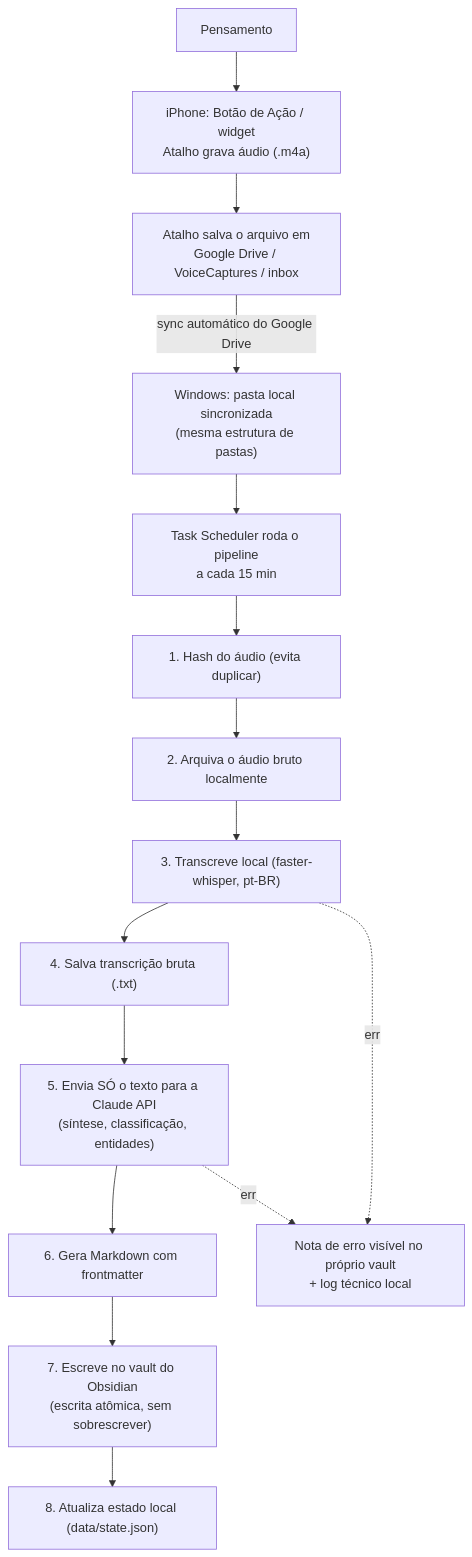
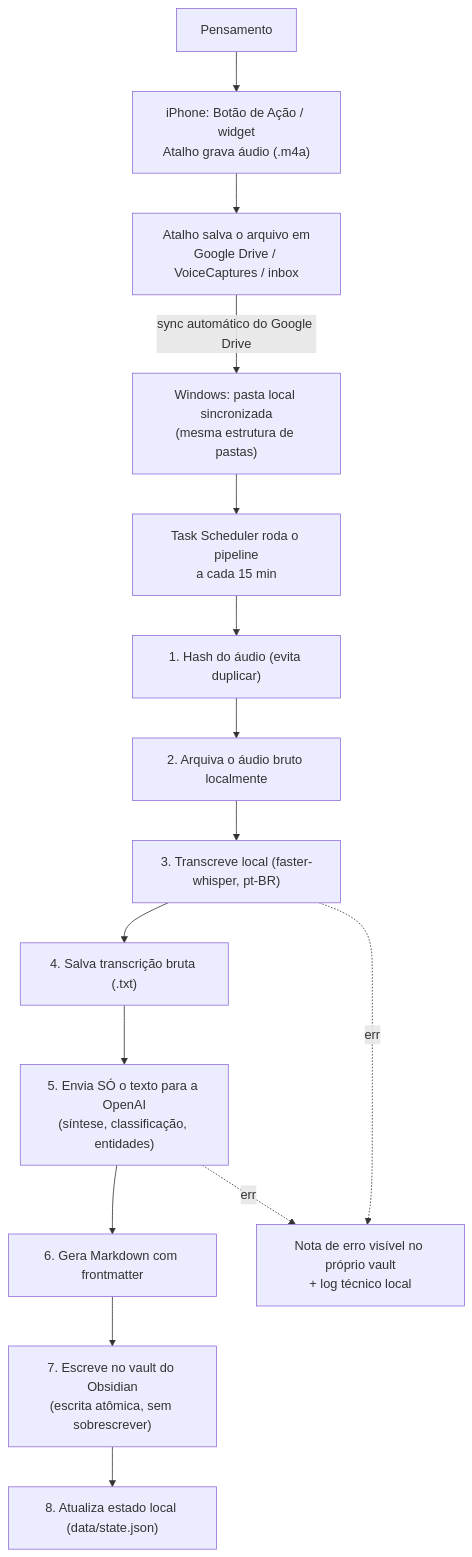
One commit to hellenaaguiar-ai/hellena-capturas changed the diagram in ARCHITECTURE.md. Above: the diagram before and after it, drawn with Mermaid. The commit also changed other lines of this file and 19 other files, not shown here.

First line of the commit message:
Migra extracao estruturada de Claude para OpenAI

````diff
--- a/ARCHITECTURE.md
+++ b/ARCHITECTURE.md
@@ -105,17 +108,17 @@
 ```mermaid
 flowchart TD
     A["Pensamento"] --> B["iPhone: Botão de Ação / widget<br/>Atalho grava áudio (.m4a)"]
     B --> C["Atalho salva o arquivo em<br/>Google Drive / VoiceCaptures / inbox"]
     C -->|sync automático do Google Drive| D["Windows: pasta local sincronizada<br/>(mesma estrutura de pastas)"]
     D --> E["Task Scheduler roda o pipeline<br/>a cada 15 min"]
     E --> F["1. Hash do áudio (evita duplicar)"]
     F --> G["2. Arquiva o áudio bruto localmente"]
     G --> H["3. Transcreve local (faster-whisper, pt-BR)"]
     H --> I["4. Salva transcrição bruta (.txt)"]
-    I --> J["5. Envia SÓ o texto para a Claude API<br/>(síntese, classificação, entidades)"]
+    I --> J["5. Envia SÓ o texto para a OpenAI<br/>(síntese, classificação, entidades)"]
     J --> K["6. Gera Markdown com frontmatter"]
     K --> L["7. Escreve no vault do Obsidian<br/>(escrita atômica, sem sobrescrever)"]
     L --> M["8. Atualiza estado local (data/state.json)"]
     J -.erro.-> N["Nota de erro visível no próprio vault<br/>+ log técnico local"]
     H -.erro.-> N
 ```
````
